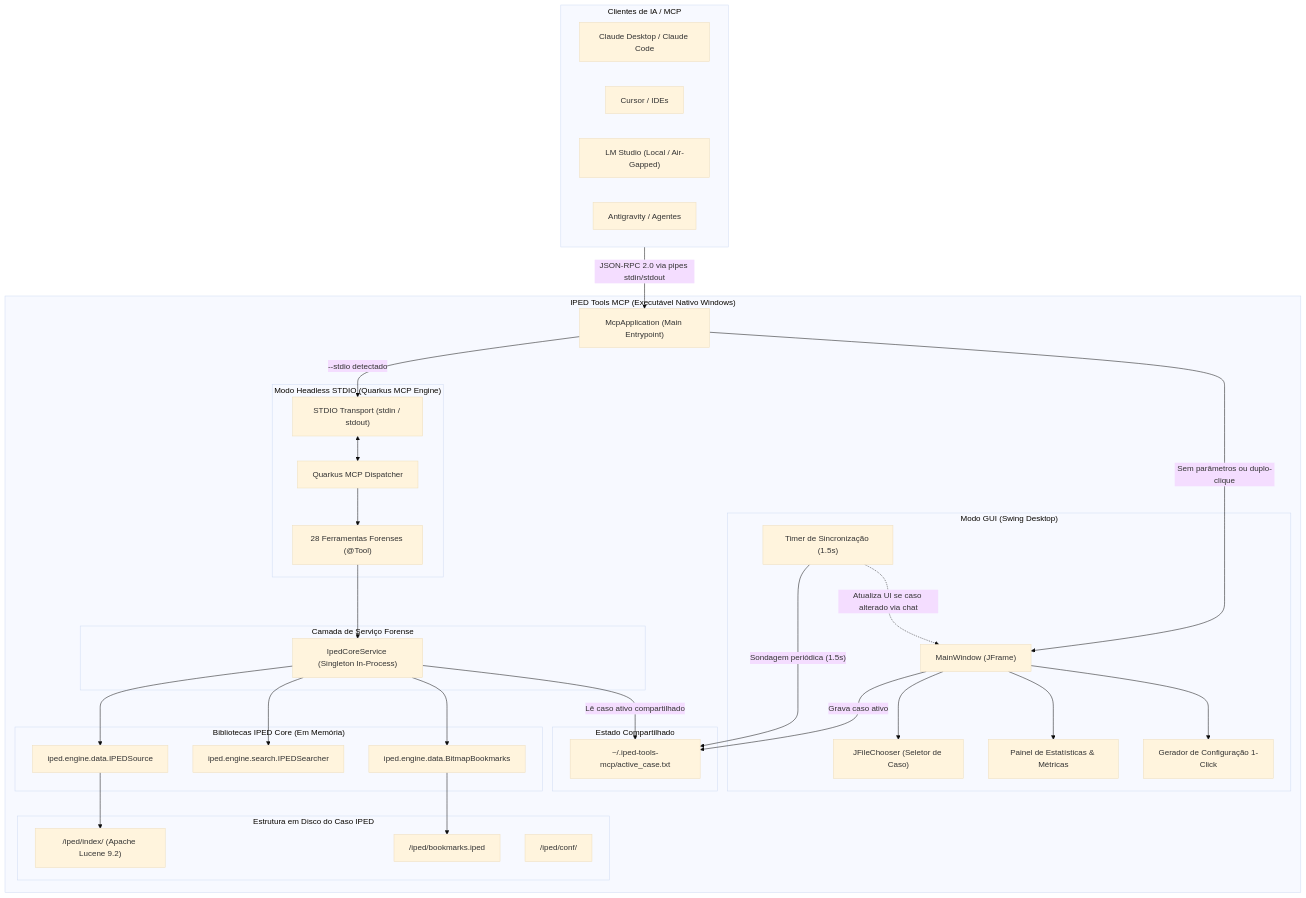
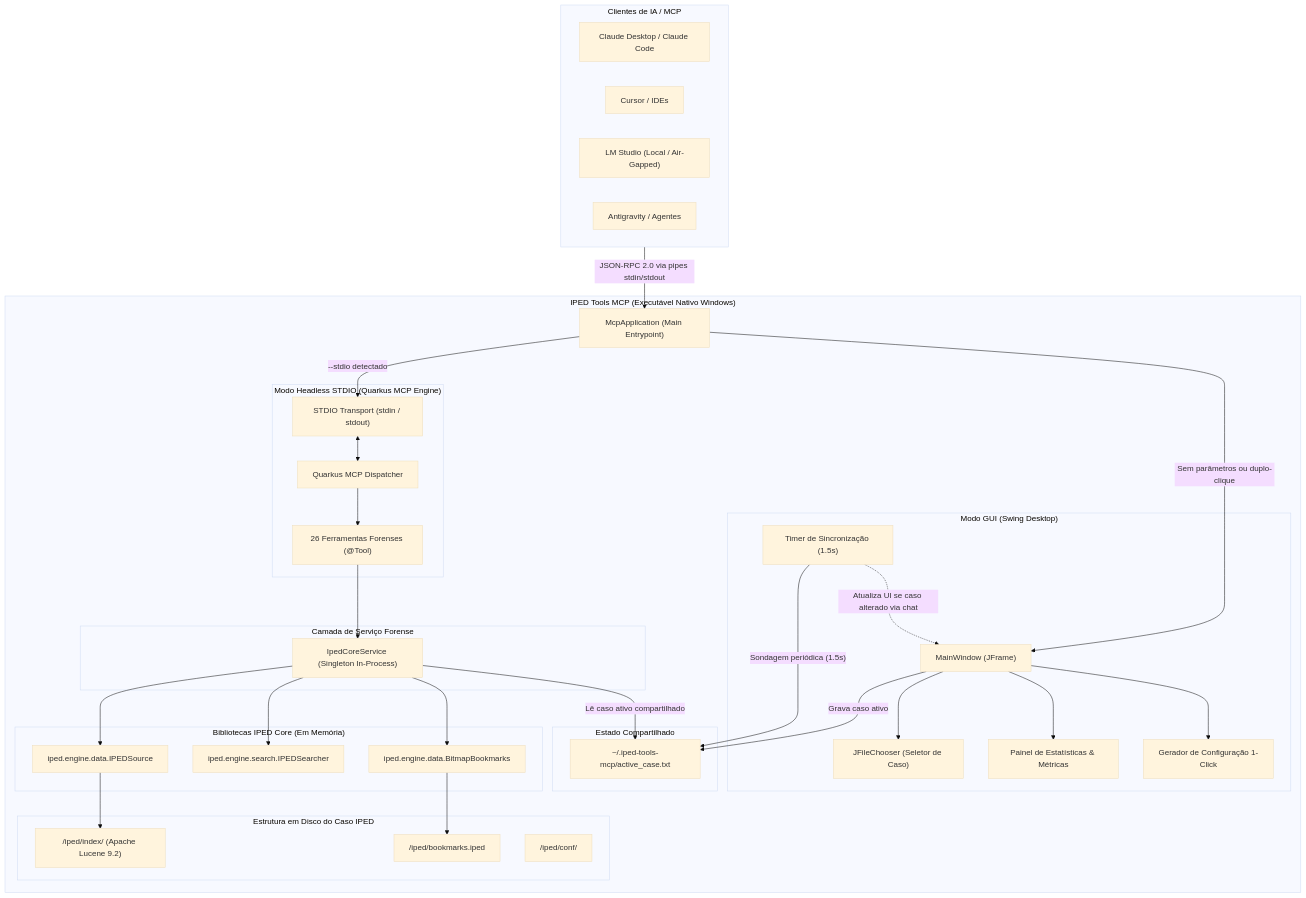
Before and after one commit to thiagofuer/iped-tools-mcp: the first of 2 diagrams in docs/wiki/Dev-Arquitetura.md, drawn with Mermaid (base theme). The commit also changed 30 other files, not shown here.

````diff
--- a/docs/wiki/Dev-Arquitetura.md
+++ b/docs/wiki/Dev-Arquitetura.md
@@ -9,70 +9,70 @@
 ```mermaid
 graph TD
     subgraph LLM_Client ["Clientes de IA / MCP"]
         Claude["Claude Desktop / Claude Code"]
         CursorApp["Cursor / IDEs"]
         LMStudio["LM Studio (Local / Air-Gapped)"]
         Antigravity["Antigravity / Agentes"]
     end
 
     subgraph Product ["IPED Tools MCP (Executável Nativo Windows)"]
         Launcher["McpApplication (Main Entrypoint)"]
 
         subgraph GUI_Layer ["Modo GUI (Swing Desktop)"]
             MainWindow["MainWindow (JFrame)"]
             CaseSelector["JFileChooser (Seletor de Caso)"]
             StatsPanel["Painel de Estatísticas & Métricas"]
             ConfigGen["Gerador de Configuração 1-Click"]
             GuiTimer["Timer de Sincronização (1.5s)"]
         end
 
         subgraph State_Sync ["Estado Compartilhado"]
             ActiveCaseFile["~/.iped-tools-mcp/active_case.txt"]
         end
 
         subgraph MCP_Layer ["Modo Headless STDIO (Quarkus MCP Engine)"]
             StdioHandler["STDIO Transport (stdin / stdout)"]
             McpDispatcher["Quarkus MCP Dispatcher"]
-            Tools["28 Ferramentas Forenses (@Tool)"]
+            Tools["26 Ferramentas Forenses (@Tool)"]
         end
 
         subgraph Core_Service ["Camada de Serviço Forense"]
             IpedService["IpedCoreService (Singleton In-Process)"]
         end
 
         subgraph IPED_Core ["Bibliotecas IPED Core (Em Memória)"]
             IPEDSource["iped.engine.data.IPEDSource"]
             IPEDSearcher["iped.engine.search.IPEDSearcher"]
             Bookmarks["iped.engine.data.BitmapBookmarks"]
         end
 
         subgraph Case_Files ["Estrutura em Disco do Caso IPED"]
             LuceneIndex["<caso>/iped/index/ (Apache Lucene 9.2)"]
             BookmarksFile["<caso>/iped/bookmarks.iped"]
             ConfFiles["<caso>/iped/conf/"]
         end
     end
 
     LLM_Client -->|"JSON-RPC 2.0 via pipes stdin/stdout"| Launcher
     Launcher -->|"--stdio detectado"| StdioHandler
     Launcher -->|"Sem parâmetros ou duplo-clique"| MainWindow
 
     MainWindow --> CaseSelector
     MainWindow --> StatsPanel
     MainWindow --> ConfigGen
     MainWindow -->|"Grava caso ativo"| ActiveCaseFile
     GuiTimer -->|"Sondagem periódica (1.5s)"| ActiveCaseFile
     GuiTimer -.->|"Atualiza UI se caso alterado via chat"| MainWindow
 
     StdioHandler <--> McpDispatcher
     McpDispatcher --> Tools
     Tools --> IpedService
     IpedService -->|"Lê caso ativo compartilhado"| ActiveCaseFile
 
     IpedService --> IPEDSource
     IpedService --> IPEDSearcher
     IpedService --> Bookmarks
 
     IPEDSource --> LuceneIndex
     Bookmarks --> BookmarksFile
 ```
````
